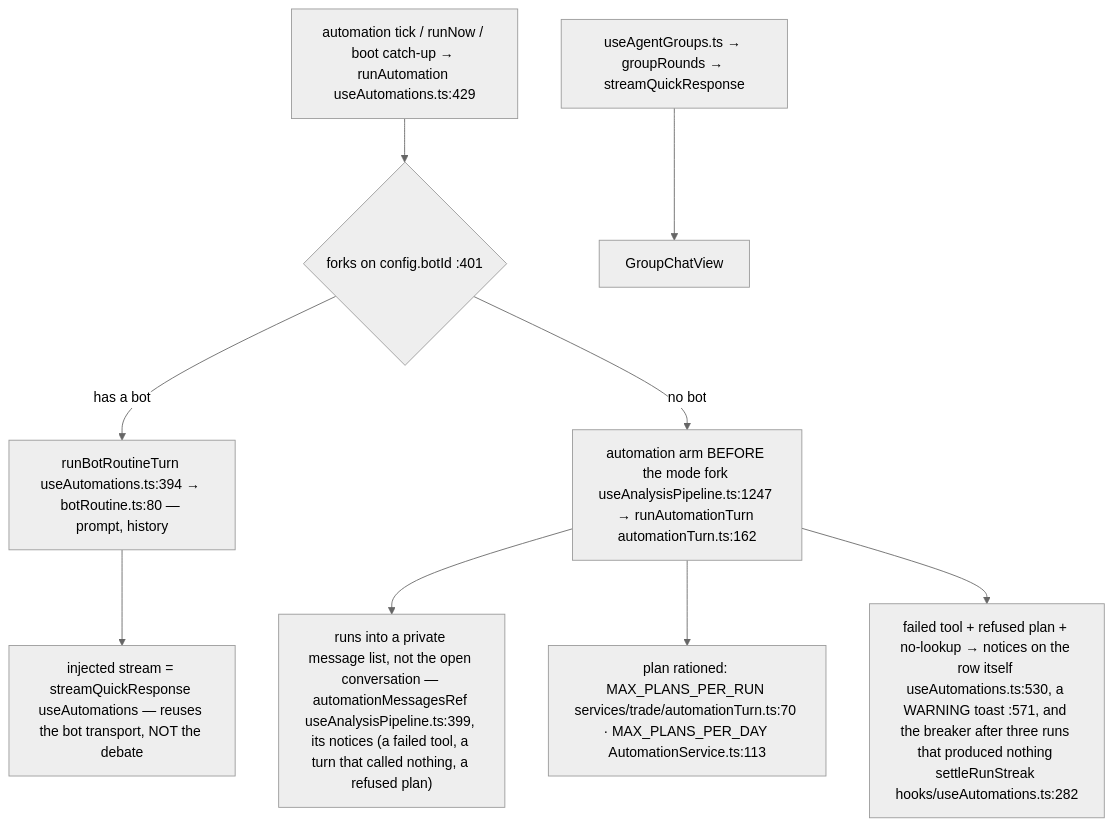
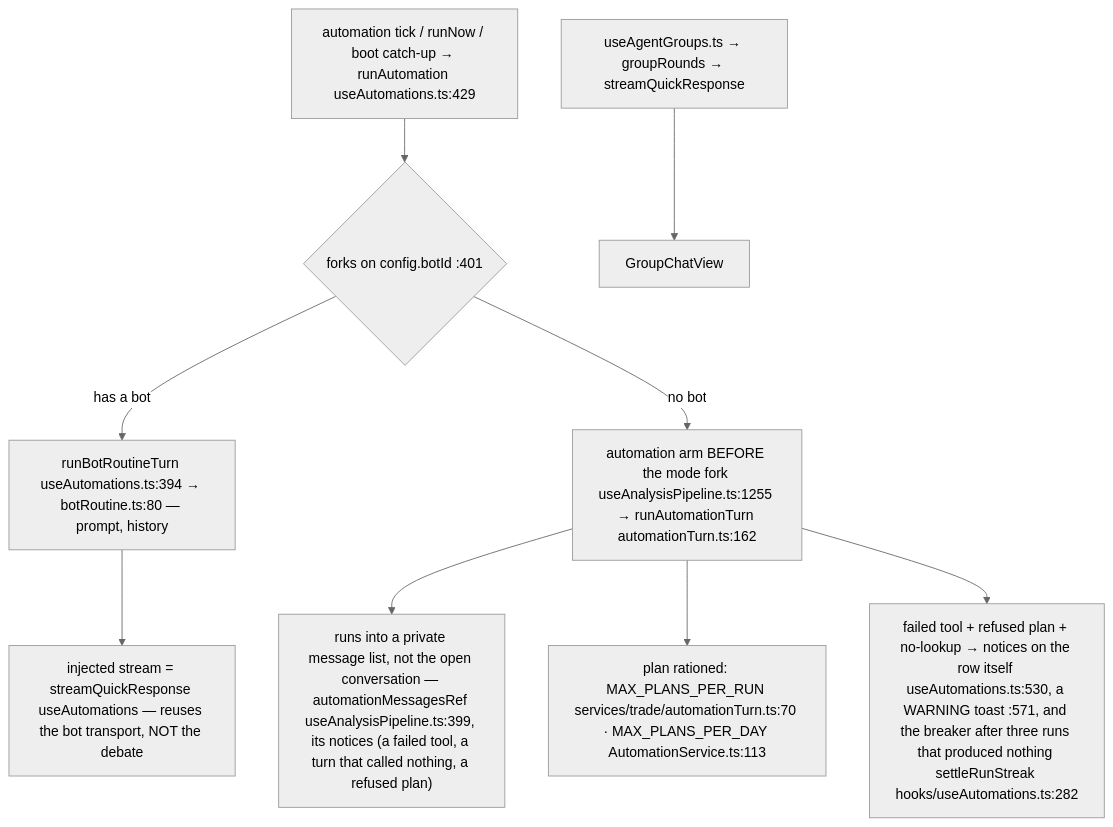
The fifth of 8 diagrams in docs/app-flow.md (Acepay25/august-3.5), drawn with Mermaid (neutral theme) before and after one commit. The commit also changed other lines of this file and 16 other files, not shown here.

````diff
--- a/docs/app-flow.md
+++ b/docs/app-flow.md
@@ -409,11 +441,11 @@
 ```mermaid
 flowchart TD
     TK["automation tick / runNow / boot catch-up → runAutomation useAutomations.ts:429"] --> D{"forks on config.botId :401"}
     D -->|has a bot| BR["runBotRoutineTurn useAutomations.ts:394 → botRoutine.ts:80 — prompt, history"]
     BR --> ST["injected stream = streamQuickResponse useAutomations — reuses the bot transport, NOT the debate"]
-    D -->|no bot| AT["automation arm BEFORE the mode fork useAnalysisPipeline.ts:1247 → runAutomationTurn automationTurn.ts:162"]
+    D -->|no bot| AT["automation arm BEFORE the mode fork useAnalysisPipeline.ts:1255 → runAutomationTurn automationTurn.ts:162"]
     AT --> PRIV["runs into a private message list, not the open conversation — automationMessagesRef useAnalysisPipeline.ts:399, its notices (a failed tool, a turn that called nothing, a refused plan)"]
     AT --> CAP["plan rationed: MAX_PLANS_PER_RUN services/trade/automationTurn.ts:70 · MAX_PLANS_PER_DAY AutomationService.ts:113"]
     AT --> FAIL["failed tool + refused plan + no-lookup → notices on the row itself useAutomations.ts:530, a WARNING toast :571, and the breaker after three runs that produced nothing settleRunStreak hooks/useAutomations.ts:282"]
     GR["useAgentGroups.ts → groupRounds → streamQuickResponse"] --> GV["GroupChatView"]
 ```
````
